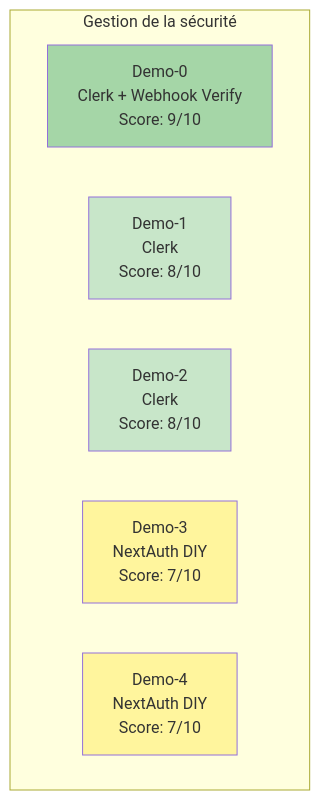
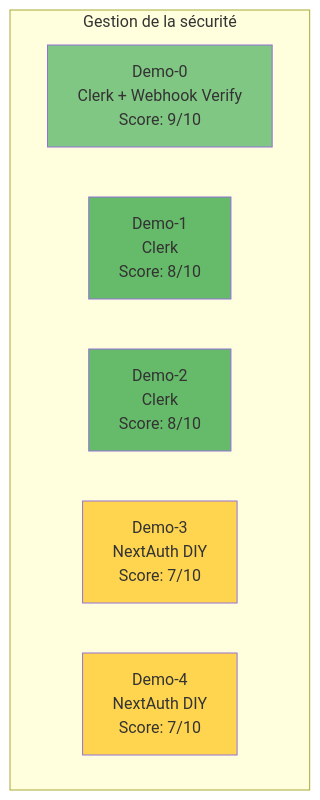
Before and after one commit to inskillflow/auths-1-NEXTJS-introduction: diagram 37 of 39 in 02-DIAGRAMMES_ARCHITECTURES.md, drawn with Mermaid. The commit also changed other lines of this file, not shown here.

````diff
--- a/02-DIAGRAMMES_ARCHITECTURES.md
+++ b/02-DIAGRAMMES_ARCHITECTURES.md
@@ -1180,16 +1180,16 @@
 ```mermaid
 graph TB
     subgraph "Gestion de la sécurité"
         S0["Demo-0<br/>Clerk + Webhook Verify<br/>Score: 9/10"]
         S1["Demo-1<br/>Clerk<br/>Score: 8/10"]
         S2["Demo-2<br/>Clerk<br/>Score: 8/10"]
         S3["Demo-3<br/>NextAuth DIY<br/>Score: 7/10"]
         S4["Demo-4<br/>NextAuth DIY<br/>Score: 7/10"]
     end
     
-    style S0 fill:#a5d6a7
-    style S1 fill:#c8e6c9
-    style S2 fill:#c8e6c9
-    style S3 fill:#fff59d
-    style S4 fill:#fff59d
+    style S0 fill:#81c784
+    style S1 fill:#66bb6a
+    style S2 fill:#66bb6a
+    style S3 fill:#ffd54f
+    style S4 fill:#ffd54f
 ```
````
